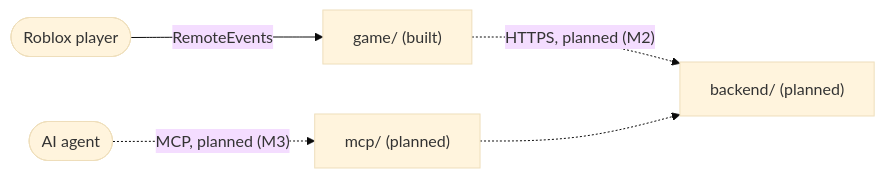
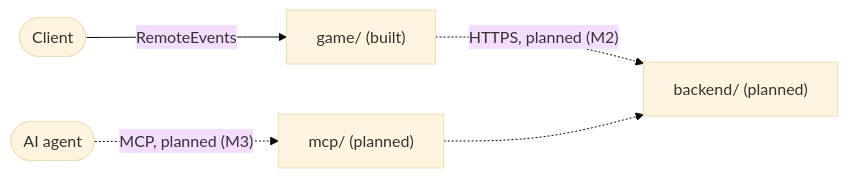
The diagram in README.md (oshorunke1/outpost), drawn with Mermaid (base theme) before and after one commit. The commit also changed other lines of this file, not shown here.

Commit message:
docs: drop Roblox and game framing from README

````diff
--- a/README.md
+++ b/README.md
@@ -7,7 +7,7 @@
 ```mermaid
 flowchart LR
-  Player(["Roblox player"]) -->|RemoteEvents| Game["game/ (built)"]
+  Player(["Client"]) -->|RemoteEvents| Game["game/ (built)"]
   Game -.->|"HTTPS, planned (M2)"| Backend["backend/ (planned)"]
   Agent(["AI agent"]) -.->|"MCP, planned (M3)"| MCP["mcp/ (planned)"]
   MCP -.-> Backend
 ```
````
